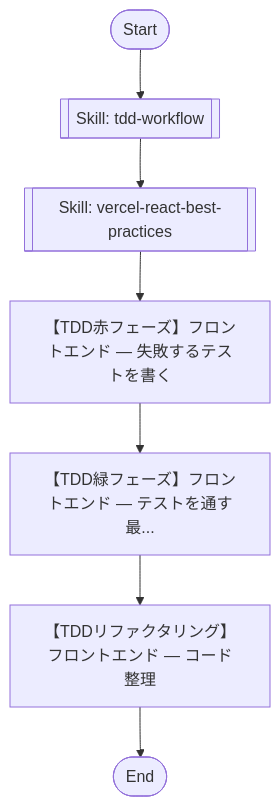
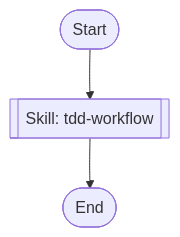
The diagram in .claude/agents/dev_tdd-frontend.md (lihs-ie/alpha-mind), drawn with Mermaid before and after one commit. The commit also changed other lines of this file and 17 other files, not shown here.

````diff
--- a/.claude/agents/dev_tdd-frontend.md
+++ b/.claude/agents/dev_tdd-frontend.md
@@ -6,17 +7,9 @@
 ```mermaid
 flowchart TD
-    fe_sf_start([Start])
-    fe_sf_tdd_skill[[Skill: tdd-workflow]]
-    fe_sf_react_skill[[Skill: vercel-react-best-practices]]
-    fe_sf_red[【TDD赤フェーズ】フロントエンド — 失敗するテストを書く]
-    fe_sf_green[【TDD緑フェーズ】フロントエンド — テストを通す最...]
-    fe_sf_refactor[【TDDリファクタリング】フロントエンド — コード整理]
-    fe_sf_end([End])
+    sf_fe_start([Start])
+    sf_fe_skill[[Skill: tdd-workflow]]
+    sf_fe_end([End])
 
-    fe_sf_start --> fe_sf_tdd_skill
-    fe_sf_tdd_skill --> fe_sf_react_skill
-    fe_sf_react_skill --> fe_sf_red
-    fe_sf_red --> fe_sf_green
-    fe_sf_green --> fe_sf_refactor
-    fe_sf_refactor --> fe_sf_end
+    sf_fe_start --> sf_fe_skill
+    sf_fe_skill --> sf_fe_end
 ```
````
